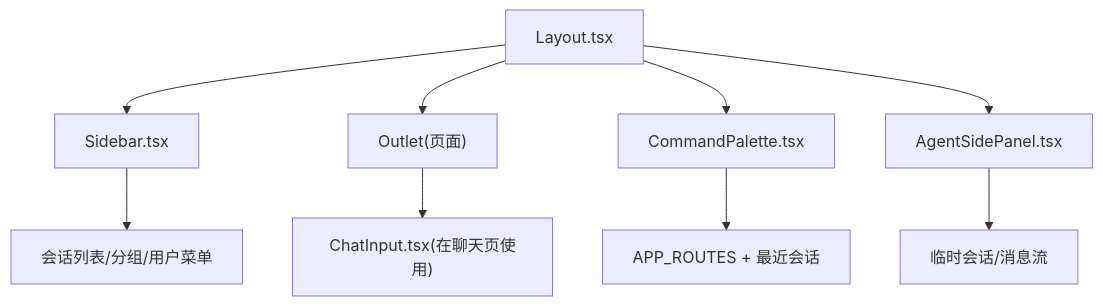
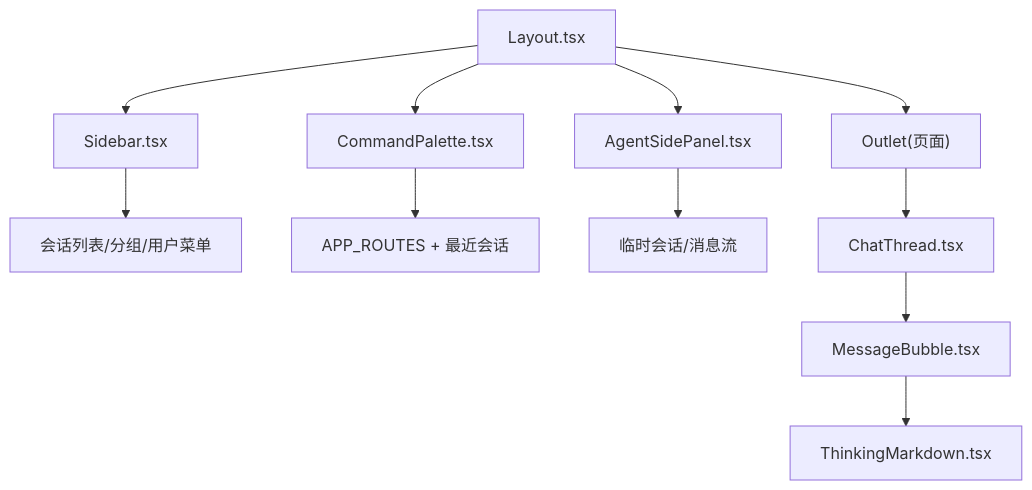
One commit to xied1133-oss/ongrid changed the first of 9 diagrams in .qoder/repowiki/zh/content/前端应用/UI 组件库/高级组件.md. Above: the diagram before and after it, drawn with Mermaid. The commit also changed other lines of this file and 298 other files, not shown here.

````diff
--- a/.qoder/repowiki/zh/content/前端应用/UI 组件库/高级组件.md
+++ b/.qoder/repowiki/zh/content/前端应用/UI 组件库/高级组件.md
@@ -41,11 +56,13 @@
 ```mermaid
 graph TB
 A["Layout.tsx"] --> B["Sidebar.tsx"]
 A --> C["Outlet(页面)"]
 A --> D["CommandPalette.tsx"]
 A --> E["AgentSidePanel.tsx"]
 B --> F["会话列表/分组/用户菜单"]
 D --> G["APP_ROUTES + 最近会话"]
 E --> H["临时会话/消息流"]
-C --> I["ChatInput.tsx(在聊天页使用)"]
+C --> I["ChatThread.tsx"]
+I --> J["MessageBubble.tsx"]
+J --> K["ThinkingMarkdown.tsx"]
 ```
````
